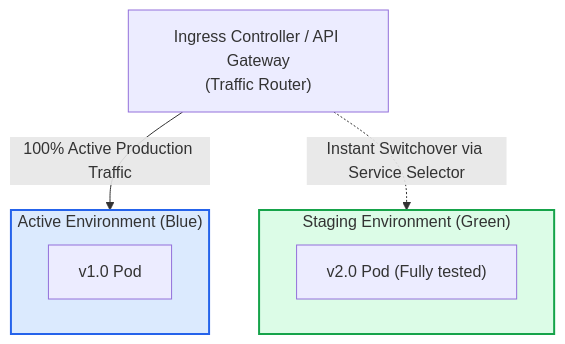
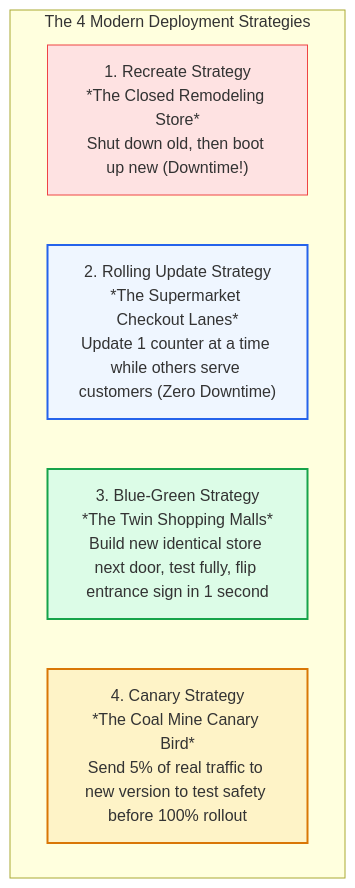
The first of 3 diagrams in 04-CICD-Pipelines/04-Deployment-Strategies.md (PandeyKishan/Study-Notes), drawn with Mermaid before and after one commit. The commit also changed other lines of this file and 20 other files, not shown here.

````diff
--- a/04-CICD-Pipelines/04-Deployment-Strategies.md
+++ b/04-CICD-Pipelines/04-Deployment-Strategies.md
@@ -48,18 +18,14 @@
 ```mermaid
 flowchart TD
-    Router["Ingress Controller / API Gateway\n(Traffic Router)"]
-    
-    subgraph Blue_Environment["Active Environment (Blue)"]
-        B1["v1.0 Pod"]
+    subgraph Strategies["The 4 Modern Deployment Strategies"]
+        R["1. Recreate Strategy\n*The Closed Remodeling Store*\nShut down old, then boot up new (Downtime!)"]
+        RU["2. Rolling Update Strategy\n*The Supermarket Checkout Lanes*\nUpdate 1 counter at a time while others serve customers (Zero Downtime)"]
+        BG["3. Blue-Green Strategy\n*The Twin Shopping Malls*\nBuild new identical store next door, test fully, flip entrance sign in 1 second"]
+        C["4. Canary Strategy\n*The Coal Mine Canary Bird*\nSend 5% of real traffic to new version to test safety before 100% rollout"]
     end
 
-    subgraph Green_Environment["Staging Environment (Green)"]
-        G1["v2.0 Pod (Fully tested)"]
-    end
-
-    Router -->|100% Active Production Traffic| Blue_Environment
-    Router -.->|Instant Switchover via Service Selector| Green_Environment
-
-    style Blue_Environment fill:#dbeafe,stroke:#2563eb,stroke-width:2px
-    style Green_Environment fill:#dcfce7,stroke:#16a34a,stroke-width:2px
+    style R fill:#fee2e2,stroke:#ef4444,stroke-width:1px
+    style RU fill:#eff6ff,stroke:#2563eb,stroke-width:2px
+    style BG fill:#dcfce7,stroke:#16a34a,stroke-width:2px
+    style C fill:#fef3c7,stroke:#d97706,stroke-width:2px
 ```
````
